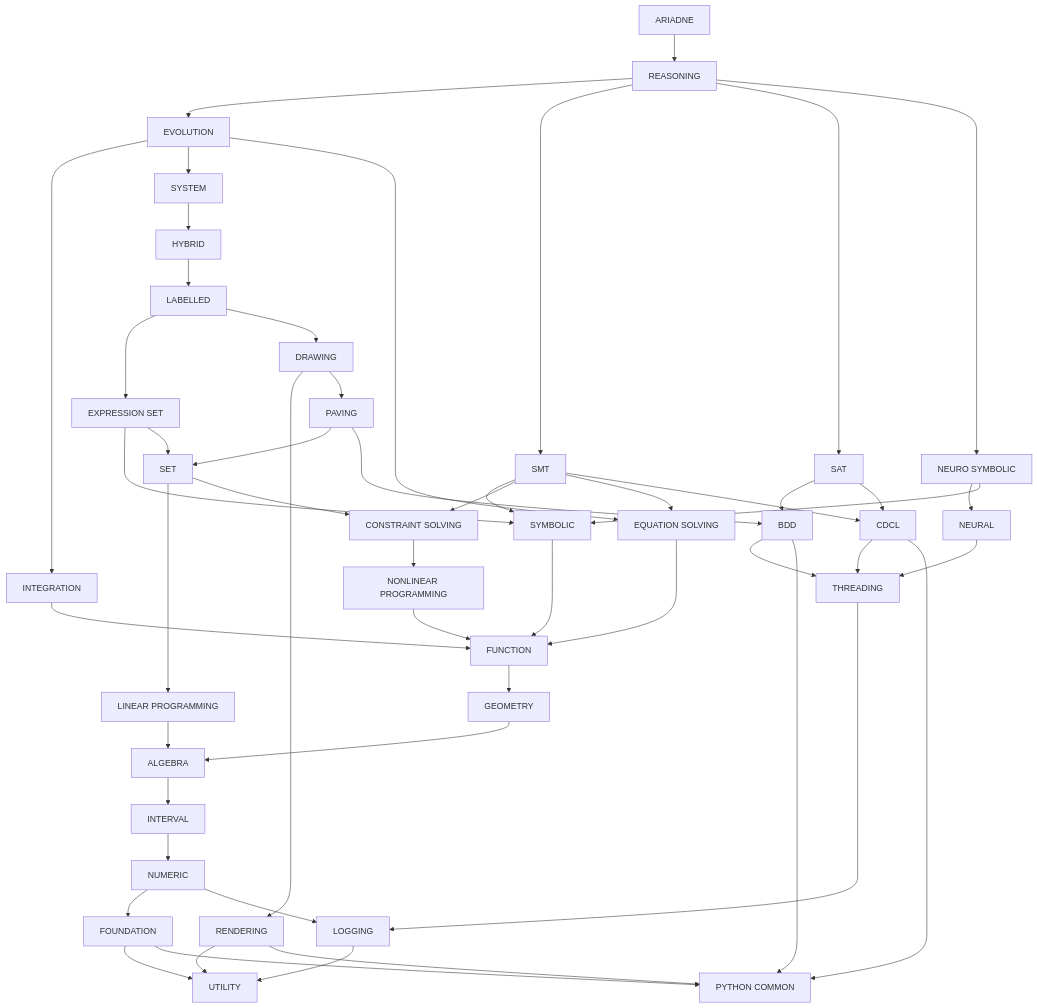
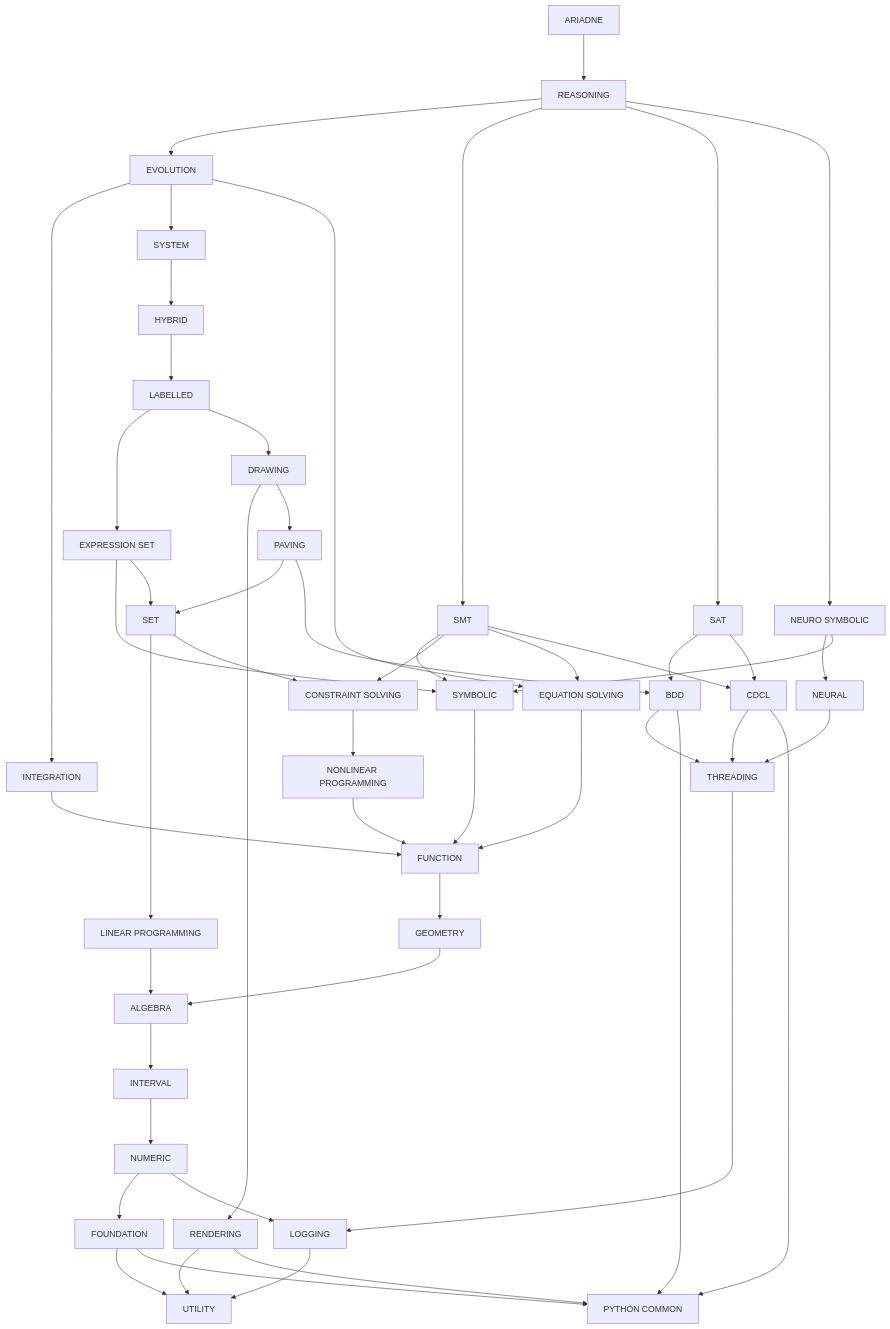
Before and after one commit to ariadne-cps/ariadne: the diagram in doc/structure.md, drawn with Mermaid.

Commit message:
docs: rebalance dependency diagram for narrow vertical layout

````diff
--- a/doc/structure.md
+++ b/doc/structure.md
@@ -5,9 +5,10 @@
 ```mermaid
+%%{init: {"flowchart": {"nodeSpacing": 18, "rankSpacing": 85}}}%%
 graph TD
     ariadne["ARIADNE"]
     reasoning["REASONING"]
-    neuro_symbolic["NEURO SYMBOLIC"]
-    neural["NEURAL"]
+    smt["SMT"]
+    sat["SAT"]
     evolution["EVOLUTION"]
     integration["INTEGRATION"]
     system["SYSTEM"]
@@ -17,8 +18,8 @@
     expression_set["EXPRESSION SET"]
     paving["PAVING"]
     set["SET"]
-    smt["SMT"]
-    sat["SAT"]
+    neuro_symbolic["NEURO SYMBOLIC"]
+    neural["NEURAL"]
     symbolic["SYMBOLIC"]
     constraint_solving["CONSTRAINT SOLVING"]
     equation_solving["EQUATION SOLVING"]
````
